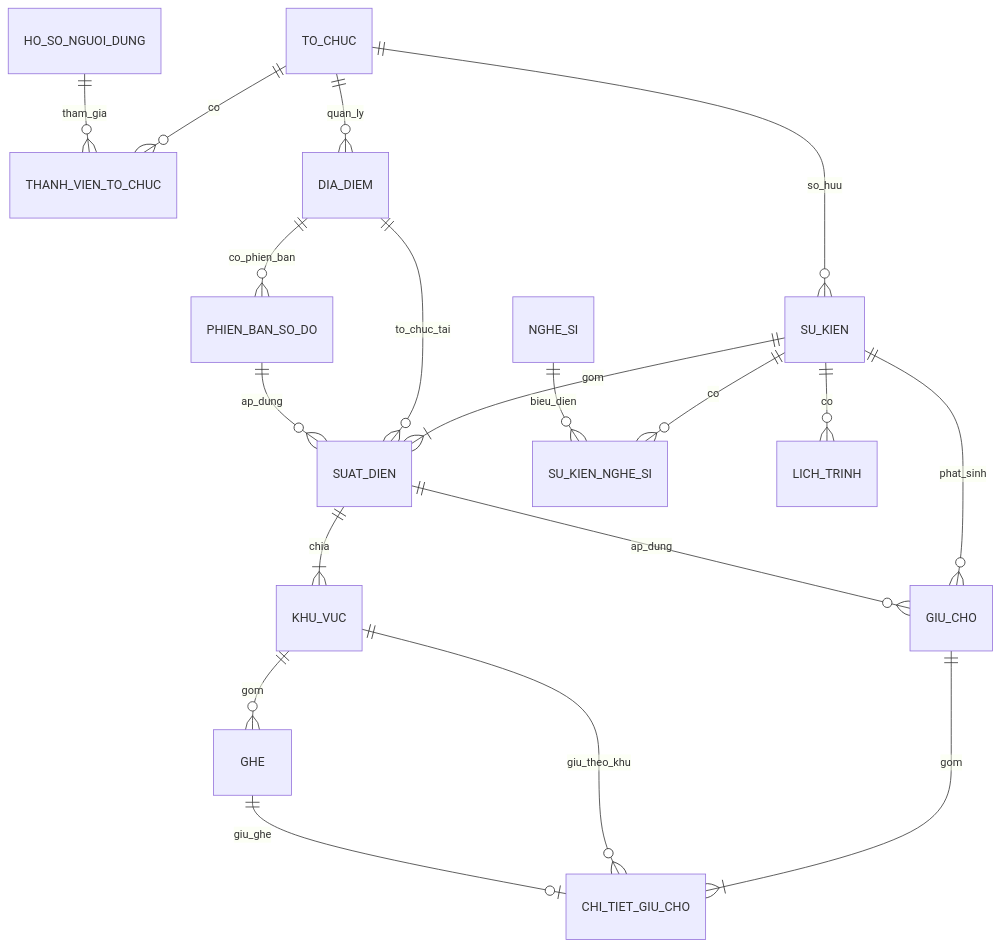
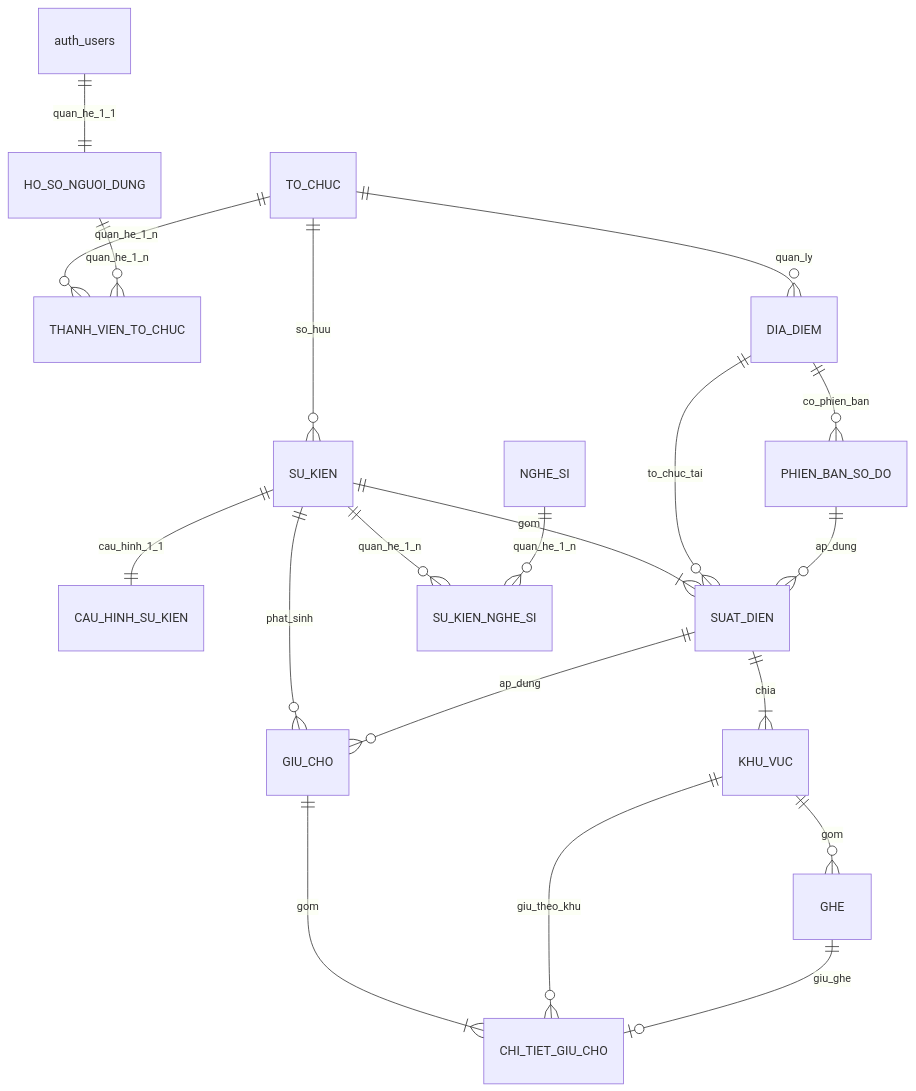
One commit to minhdc2011/EVENTTICKETING changed the first of 2 diagrams in docs/sprint1-deliverables/03_DATABASE_DESIGN.md. Above: the diagram before and after it, drawn with Mermaid. The commit also changed other lines of this file and 8 other files, not shown here.

First line of the commit message:
feat(database): consolidate timeline into description and establish explicit 1-1, 1-N, N-N relationships

````diff
--- a/docs/sprint1-deliverables/03_DATABASE_DESIGN.md
+++ b/docs/sprint1-deliverables/03_DATABASE_DESIGN.md
@@ -5,21 +5,22 @@
 ```mermaid
 erDiagram
-  TO_CHUC ||--o{ THANH_VIEN_TO_CHUC : co
-  HO_SO_NGUOI_DUNG ||--o{ THANH_VIEN_TO_CHUC : tham_gia
+  auth_users ||--|| HO_SO_NGUOI_DUNG : quan_he_1_1
+  TO_CHUC ||--o{ THANH_VIEN_TO_CHUC : quan_he_1_n
+  HO_SO_NGUOI_DUNG ||--o{ THANH_VIEN_TO_CHUC : quan_he_1_n
   TO_CHUC ||--o{ SU_KIEN : so_huu
+  SU_KIEN ||--|| CAU_HINH_SU_KIEN : cau_hinh_1_1
   TO_CHUC ||--o{ DIA_DIEM : quan_ly
   DIA_DIEM ||--o{ PHIEN_BAN_SO_DO : co_phien_ban
   SU_KIEN ||--|{ SUAT_DIEN : gom
   DIA_DIEM ||--o{ SUAT_DIEN : to_chuc_tai
   PHIEN_BAN_SO_DO ||--o{ SUAT_DIEN : ap_dung
   SUAT_DIEN ||--|{ KHU_VUC : chia
   KHU_VUC ||--o{ GHE : gom
   SU_KIEN ||--o{ GIU_CHO : phat_sinh
   SUAT_DIEN ||--o{ GIU_CHO : ap_dung
   GIU_CHO ||--|{ CHI_TIET_GIU_CHO : gom
   KHU_VUC ||--o{ CHI_TIET_GIU_CHO : giu_theo_khu
   GHE ||--o| CHI_TIET_GIU_CHO : giu_ghe
-  SU_KIEN ||--o{ SU_KIEN_NGHE_SI : co
-  NGHE_SI ||--o{ SU_KIEN_NGHE_SI : bieu_dien
-  SU_KIEN ||--o{ LICH_TRINH : co
+  SU_KIEN ||--o{ SU_KIEN_NGHE_SI : quan_he_1_n
+  NGHE_SI ||--o{ SU_KIEN_NGHE_SI : quan_he_1_n
 ```
````
